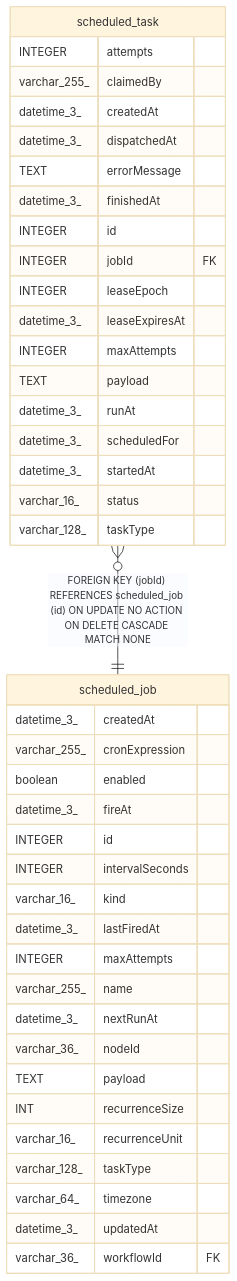
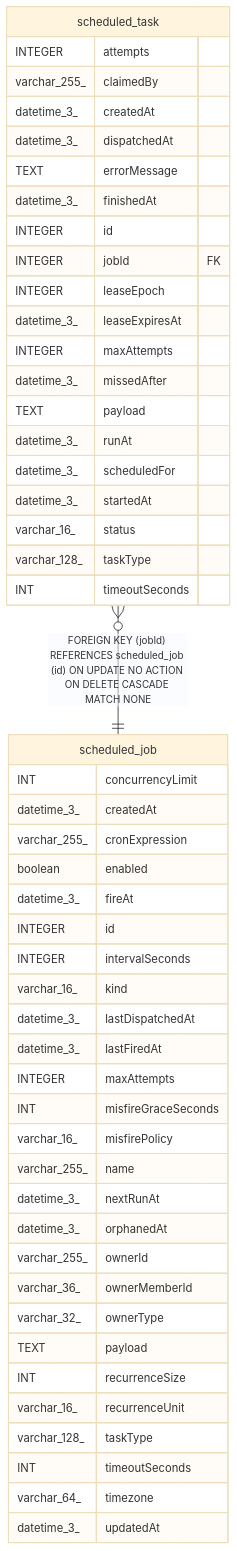
Before and after one commit to koreatest12/studys: the diagram in n8n_integration/n8n_source/docs/generated/sqlite-schema/scheduled_task.md, drawn with Mermaid (base theme). The commit also changed other lines of this file and 23019 other files, not shown here.

````diff
--- a/n8n_integration/n8n_source/docs/generated/sqlite-schema/scheduled_task.md
+++ b/n8n_integration/n8n_source/docs/generated/sqlite-schema/scheduled_task.md
@@ -56,46 +60,55 @@
 ```mermaid
 erDiagram
 
 "scheduled_task" }o--|| "scheduled_job" : "FOREIGN KEY (jobId) REFERENCES scheduled_job (id) ON UPDATE NO ACTION ON DELETE CASCADE MATCH NONE"
 
 "scheduled_task" {
   INTEGER attempts
   varchar_255_ claimedBy
   datetime_3_ createdAt
   datetime_3_ dispatchedAt
   TEXT errorMessage
   datetime_3_ finishedAt
   INTEGER id
   INTEGER jobId FK
   INTEGER leaseEpoch
   datetime_3_ leaseExpiresAt
   INTEGER maxAttempts
+  datetime_3_ missedAfter
   TEXT payload
   datetime_3_ runAt
   datetime_3_ scheduledFor
   datetime_3_ startedAt
   varchar_16_ status
   varchar_128_ taskType
+  INT timeoutSeconds
 }
 "scheduled_job" {
+  INT concurrencyLimit
   datetime_3_ createdAt
   varchar_255_ cronExpression
   boolean enabled
   datetime_3_ fireAt
   INTEGER id
   INTEGER intervalSeconds
   varchar_16_ kind
+  datetime_3_ lastDispatchedAt
   datetime_3_ lastFiredAt
   INTEGER maxAttempts
+  INT misfireGraceSeconds
+  varchar_16_ misfirePolicy
   varchar_255_ name
   datetime_3_ nextRunAt
-  varchar_36_ nodeId
+  datetime_3_ orphanedAt
+  varchar_255_ ownerId
+  varchar_36_ ownerMemberId
+  varchar_32_ ownerType
   TEXT payload
   INT recurrenceSize
   varchar_16_ recurrenceUnit
   varchar_128_ taskType
+  INT timeoutSeconds
   varchar_64_ timezone
   datetime_3_ updatedAt
-  varchar_36_ workflowId FK
 }
 ```
````
